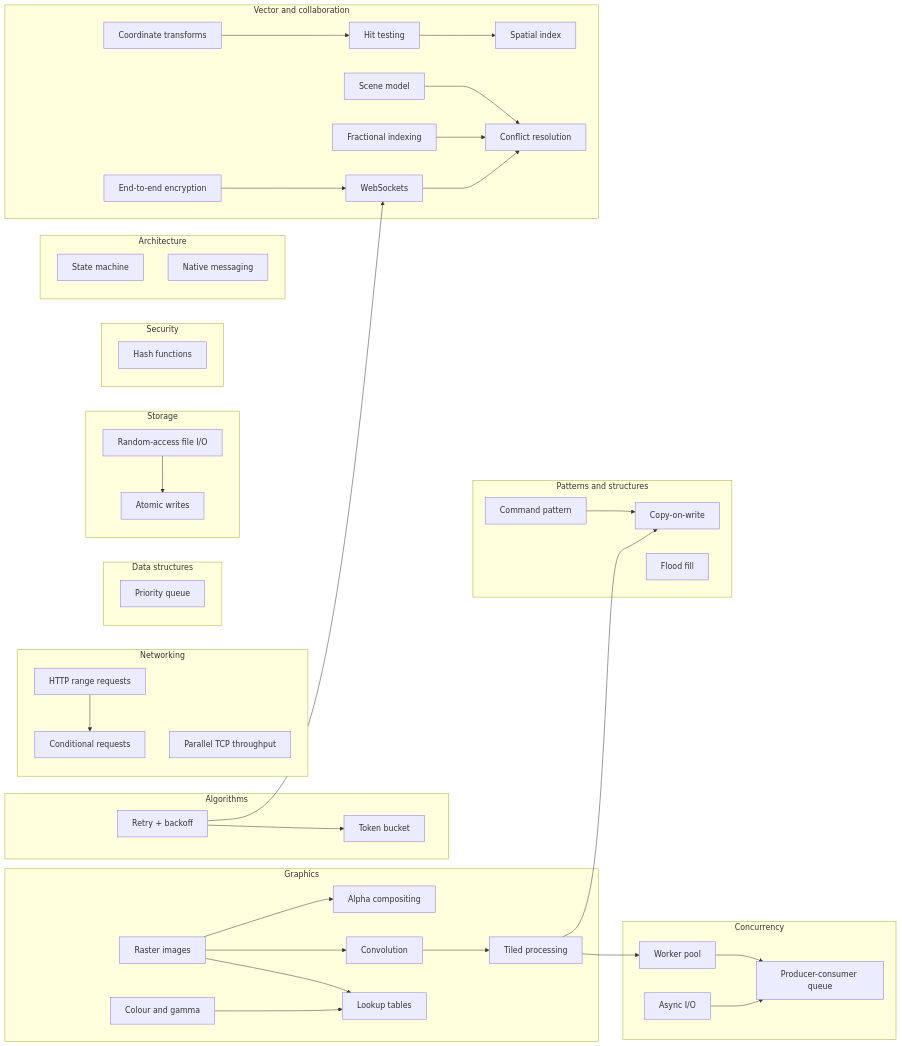
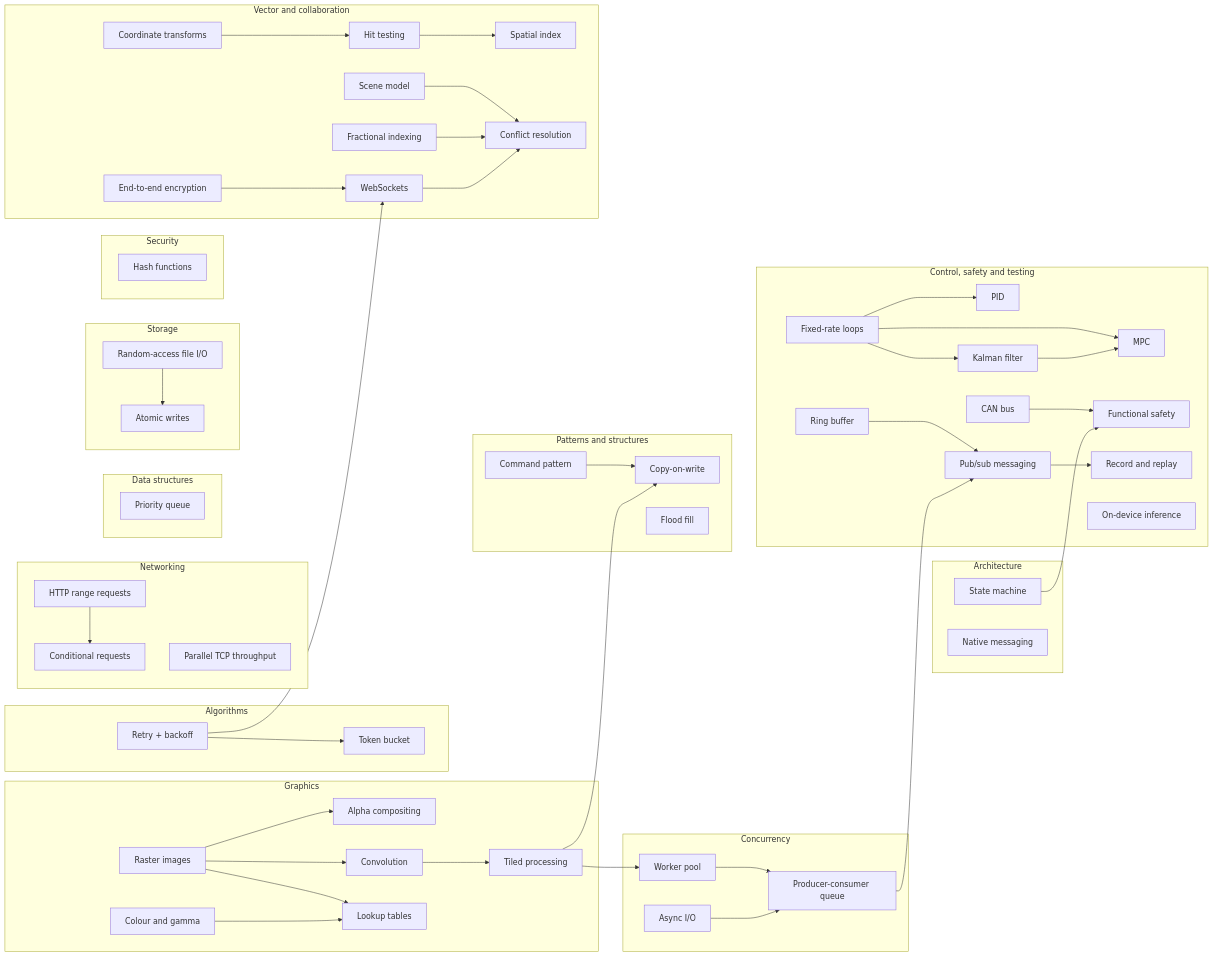
The diagram in content/concepts/index.md (Fatalshears/GlitchGallery), drawn with Mermaid before and after one commit. The commit also changed other lines of this file and 50 other files, not shown here.

````diff
--- a/content/concepts/index.md
+++ b/content/concepts/index.md
@@ -75,4 +75,22 @@
   WSK --> CF
   E2E --> WSK
   RB --> WSK
+  subgraph Robotics["Control, safety and testing"]
+    PIDN[PID]
+    MPCN[MPC]
+    KFN[Kalman filter]
+    FRL[Fixed-rate loops]
+    CANN[CAN bus]
+    PSM[Pub/sub messaging]
+    RBUF[Ring buffer]
+    FS[Functional safety]
+    RRT[Record and replay]
+    ML[On-device inference]
+  end
+  FRL --> PIDN & MPCN & KFN
+  KFN --> MPCN
+  RBUF --> PSM --> RRT
+  CANN --> FS
+  FSM --> FS
+  PC --> PSM
 ```
````
